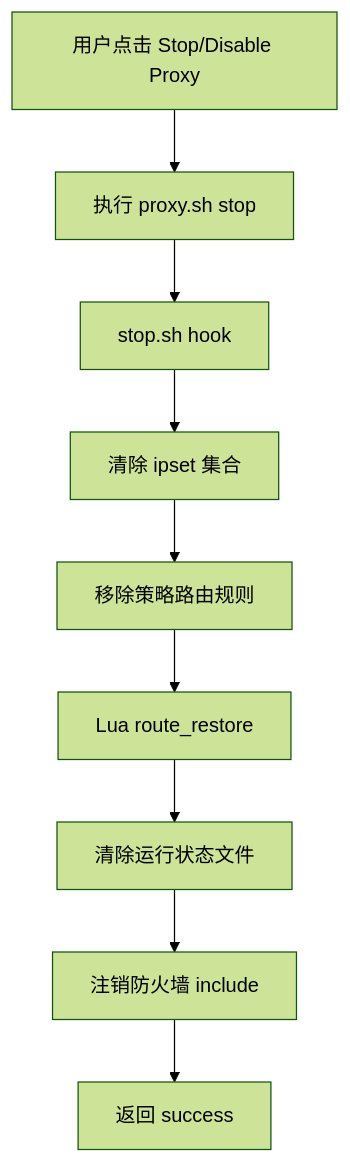
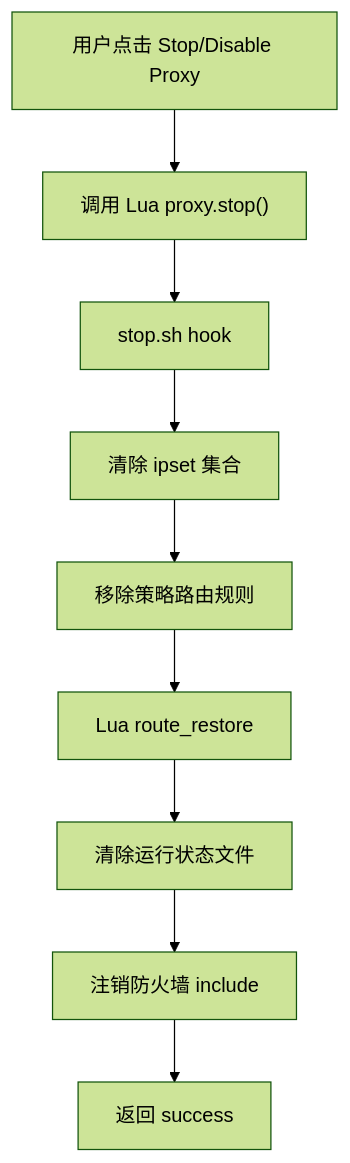
Before and after one commit to luoyueliang/mynet_lua: the sixth of 9 diagrams in docs/FLOWS.md, drawn with Mermaid (forest theme). The commit also changed other lines of this file and 13 other files, not shown here.

````diff
--- a/docs/FLOWS.md
+++ b/docs/FLOWS.md
@@ -201,11 +201,11 @@
 ```mermaid
 flowchart TD
-    A[用户点击 Stop/Disable Proxy] --> B["执行 proxy.sh stop"]
+    A[用户点击 Stop/Disable Proxy] --> B["调用 Lua proxy.stop()"]
     B --> C[stop.sh hook]
     C --> D[清除 ipset 集合]
     D --> E[移除策略路由规则]
     E --> F[Lua route_restore]
     F --> G[清除运行状态文件]
     G --> H[注销防火墙 include]
     H --> I[返回 success]
 ```
````
